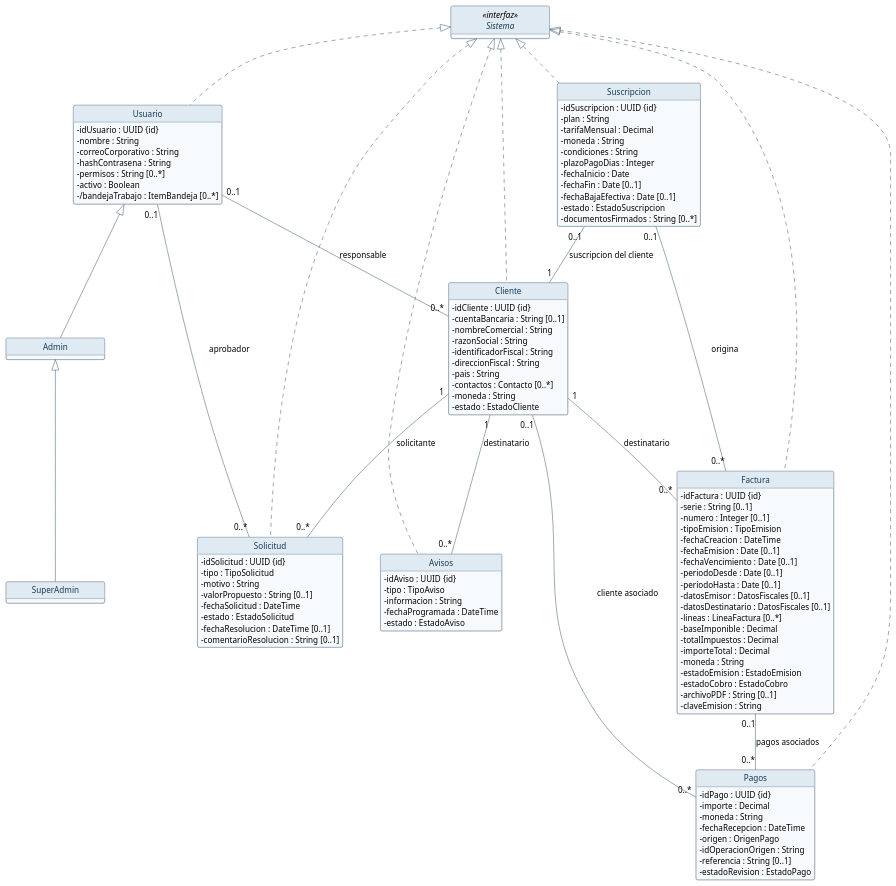
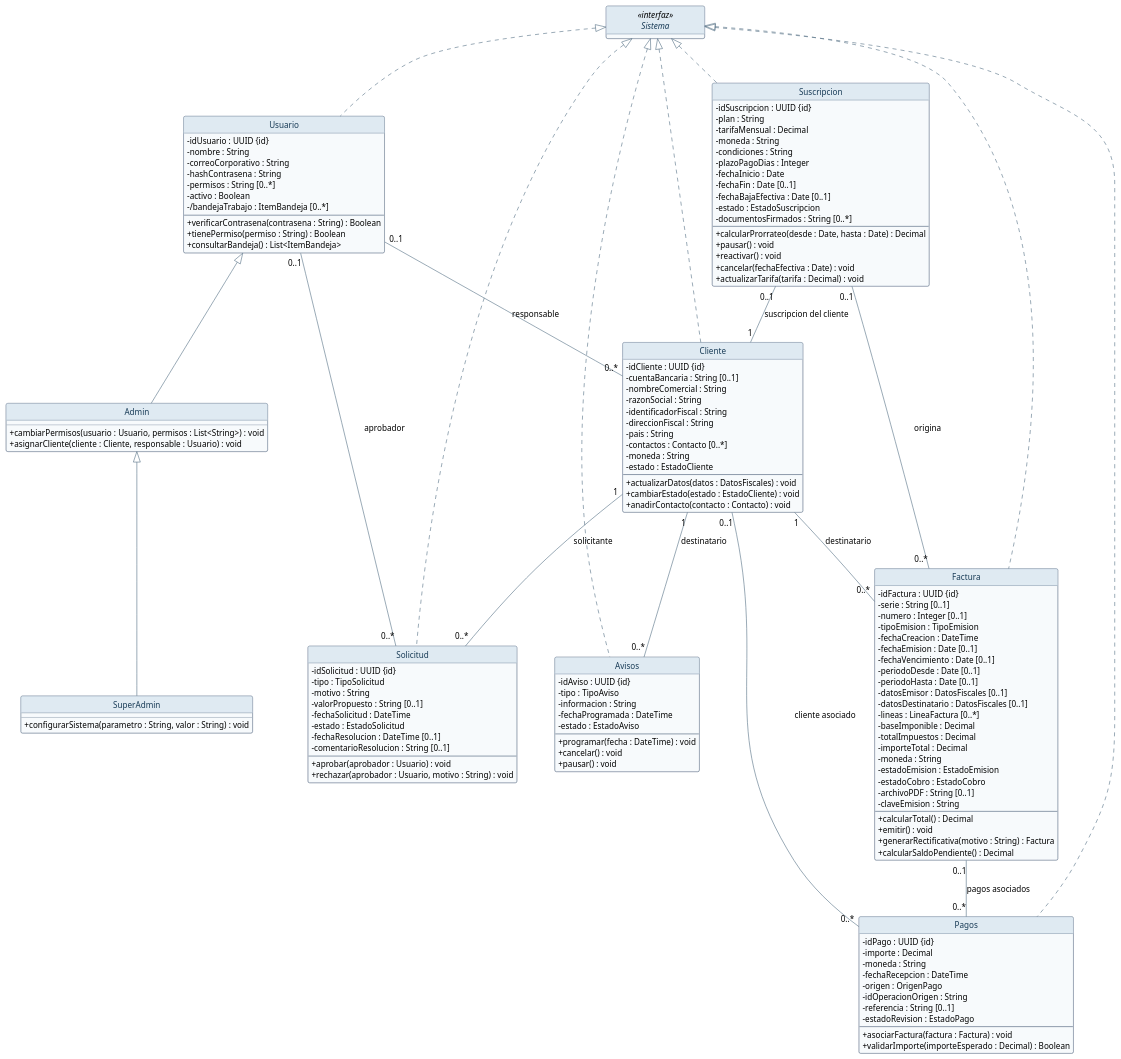
The diagram in Parcial 2/DiagramaClasesUML/Código diagrama de clases.md (Ragavez/TurbineHuclides), drawn with PlantUML before and after one commit.

Commit message:
Correción Diagrama de clases

```diff
--- a/Parcial 2/DiagramaClasesUML/Código diagrama de clases.md
+++ b/Parcial 2/DiagramaClasesUML/Código diagrama de clases.md
@@ -29,10 +29,20 @@
   -permisos : String [0..*]
   -activo : Boolean
   -/bandejaTrabajo : ItemBandeja [0..*]
+  --
+  +verificarContrasena(contrasena : String) : Boolean
+  +tienePermiso(permiso : String) : Boolean
+  +consultarBandeja() : List<ItemBandeja>
 }
 
-class Admin
-class SuperAdmin
+class Admin {
+  +cambiarPermisos(usuario : Usuario, permisos : List<String>) : void
+  +asignarCliente(cliente : Cliente, responsable : Usuario) : void
+}
+
+class SuperAdmin {
+  +configurarSistema(parametro : String, valor : String) : void
+}
 
 class Cliente {
   -idCliente : UUID {id}
@@ -45,6 +55,10 @@
   -contactos : Contacto [0..*]
   -moneda : String
   -estado : EstadoCliente
+  --
+  +actualizarDatos(datos : DatosFiscales) : void
+  +cambiarEstado(estado : EstadoCliente) : void
+  +anadirContacto(contacto : Contacto) : void
 }
 
 class Suscripcion {
@@ -59,6 +73,12 @@
   -fechaBajaEfectiva : Date [0..1]
   -estado : EstadoSuscripcion
   -documentosFirmados : String [0..*]
+  --
+  +calcularProrrateo(desde : Date, hasta : Date) : Decimal
+  +pausar() : void
+  +reactivar() : void
+  +cancelar(fechaEfectiva : Date) : void
+  +actualizarTarifa(tarifa : Decimal) : void
 }
 
 class Factura {
@@ -82,6 +102,11 @@
   -estadoCobro : EstadoCobro
   -archivoPDF : String [0..1]
   -claveEmision : String
+  --
+  +calcularTotal() : Decimal
+  +emitir() : void
+  +generarRectificativa(motivo : String) : Factura
+  +calcularSaldoPendiente() : Decimal
 }
 
 class Pagos {
@@ -93,6 +118,9 @@
   -idOperacionOrigen : String
   -referencia : String [0..1]
   -estadoRevision : EstadoPago
+  --
+  +asociarFactura(factura : Factura) : void
+  +validarImporte(importeEsperado : Decimal) : Boolean
 }
 
 class Solicitud {
@@ -104,6 +132,9 @@
   -estado : EstadoSolicitud
   -fechaResolucion : DateTime [0..1]
   -comentarioResolucion : String [0..1]
+  --
+  +aprobar(aprobador : Usuario) : void
+  +rechazar(aprobador : Usuario, motivo : String) : void
 }
 
 class Avisos {
@@ -112,6 +143,10 @@
   -informacion : String
   -fechaProgramada : DateTime
   -estado : EstadoAviso
+  --
+  +programar(fecha : DateTime) : void
+  +cancelar() : void
+  +pausar() : void
 }
 
 ' Realizacion completa de la interfaz y herencia
```
